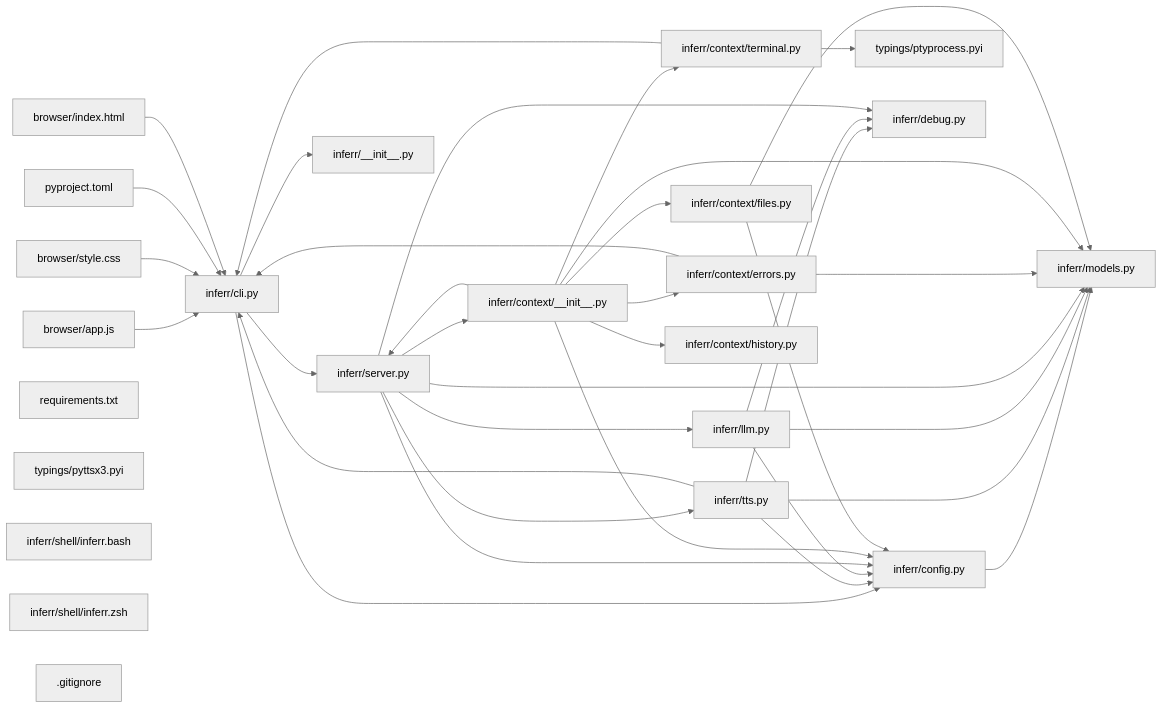
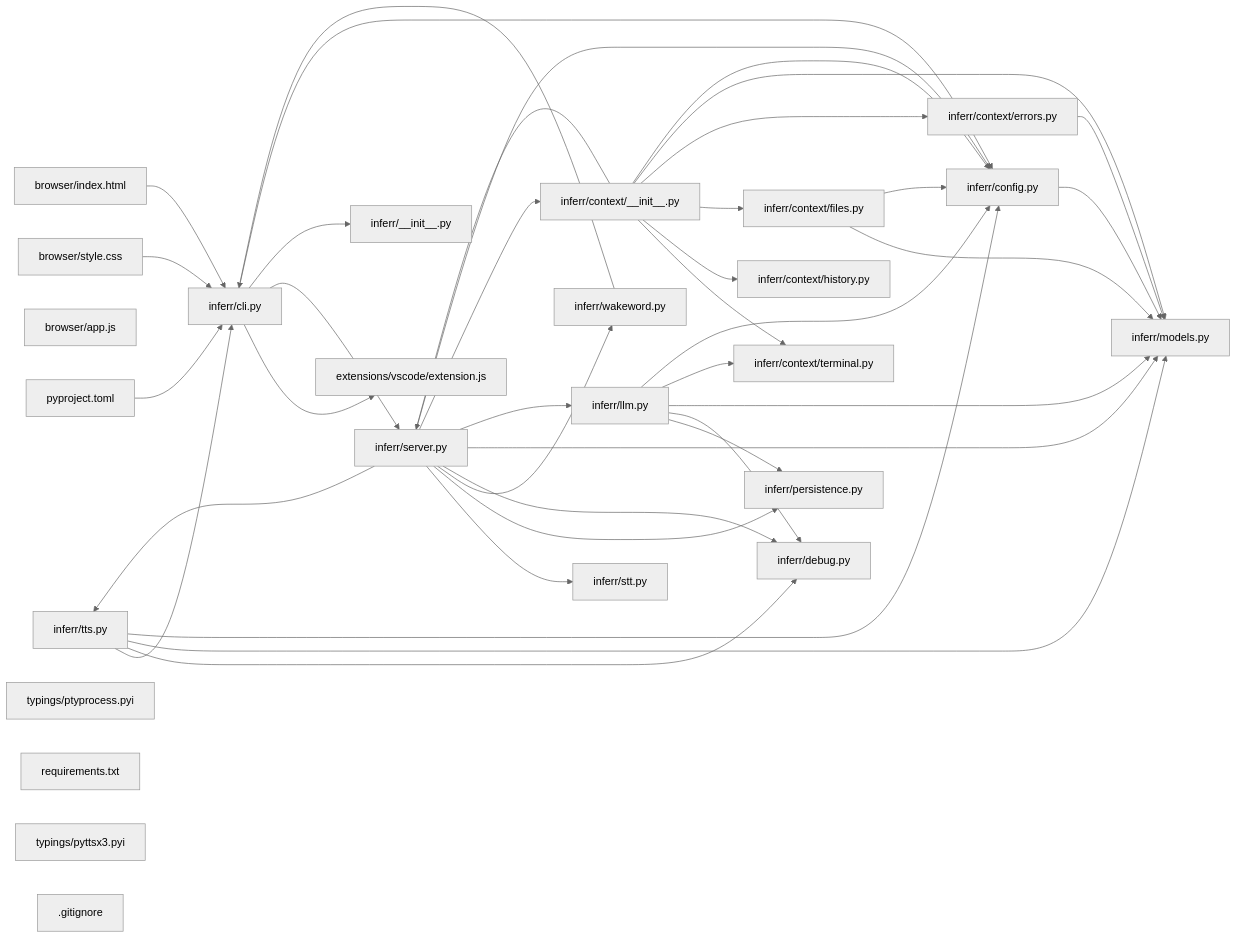
The diagram in CONTEXT.md (hey-granth/Inferr), drawn with Mermaid (neutral theme) before and after one commit. The commit also changed other lines of this file and 25 other files, not shown here.

````diff
--- a/CONTEXT.md
+++ b/CONTEXT.md
@@ -559,60 +622,65 @@
 ```mermaid
 graph LR
     f0["inferr/models.py"]
     f1["inferr/config.py"]
-    f2["inferr/cli.py"]
-    f3["inferr/tts.py"]
-    f4["inferr/llm.py"]
+    f2["inferr/tts.py"]
+    f3["inferr/llm.py"]
+    f4["inferr/cli.py"]
     f5["inferr/server.py"]
-    f6["inferr/context/errors.py"]
-    f7["inferr/context/terminal.py"]
-    f8["browser/app.js"]
-    f9["browser/style.css"]
-    f10["pyproject.toml"]
-    f11["inferr/context/__init__.py"]
-    f12["inferr/__init__.py"]
-    f13["browser/index.html"]
-    f14["typings/ptyprocess.pyi"]
-    f15["requirements.txt"]
-    f16["inferr/context/files.py"]
-    f17["inferr/debug.py"]
-    f18["typings/pyttsx3.pyi"]
-    f19["inferr/context/history.py"]
-    f20["inferr/shell/inferr.bash"]
-    f21["inferr/shell/inferr.zsh"]
-    f22[".gitignore"]
+    f6["inferr/context/terminal.py"]
+    f7["inferr/context/__init__.py"]
+    f8["inferr/context/files.py"]
+    f9["pyproject.toml"]
+    f10["inferr/context/errors.py"]
+    f11["browser/app.js"]
+    f12["browser/style.css"]
+    f13["extensions/vscode/extension.js"]
+    f14["inferr/__init__.py"]
+    f15["browser/index.html"]
+    f16["inferr/persistence.py"]
+    f17["inferr/wakeword.py"]
+    f18["inferr/debug.py"]
+    f19["inferr/stt.py"]
+    f20["typings/ptyprocess.pyi"]
+    f21["requirements.txt"]
+    f22["inferr/context/history.py"]
+    f23["typings/pyttsx3.pyi"]
+    f24[".gitignore"]
     f1 --> f0
-    f2 --> f5
-    f2 --> f12
+    f2 --> f4
+    f2 --> f18
+    f2 --> f0
     f2 --> f1
-    f3 --> f2
-    f3 --> f17
+    f3 --> f16
+    f3 --> f18
     f3 --> f0
+    f3 --> f6
     f3 --> f1
-    f4 --> f17
-    f4 --> f0
+    f4 --> f13
+    f4 --> f5
+    f4 --> f14
     f4 --> f1
+    f5 --> f19
+    f5 --> f16
     f5 --> f17
+    f5 --> f18
+    f5 --> f2
+    f5 --> f0
     f5 --> f3
-    f5 --> f0
-    f5 --> f4
-    f5 --> f11
+    f5 --> f7
     f5 --> f1
-    f6 --> f2
-    f6 --> f0
-    f7 --> f2
-    f7 --> f14
-    f8 --> f2
-    f9 --> f2
-    f10 --> f2
-    f11 --> f5
-    f11 --> f7
-    f11 --> f19
-    f11 --> f16
-    f11 --> f6
-    f11 --> f0
-    f11 --> f1
-    f13 --> f2
-    f16 --> f0
-    f16 --> f1
+    f7 --> f5
+    f7 --> f6
+    f7 --> f22
+    f7 --> f8
+    f7 --> f10
+    f7 --> f0
+    f7 --> f1
+    f8 --> f0
+    f8 --> f1
+    f9 --> f4
+    f10 --> f0
+    f12 --> f4
+    f15 --> f4
+    f17 --> f4
 ```
````
